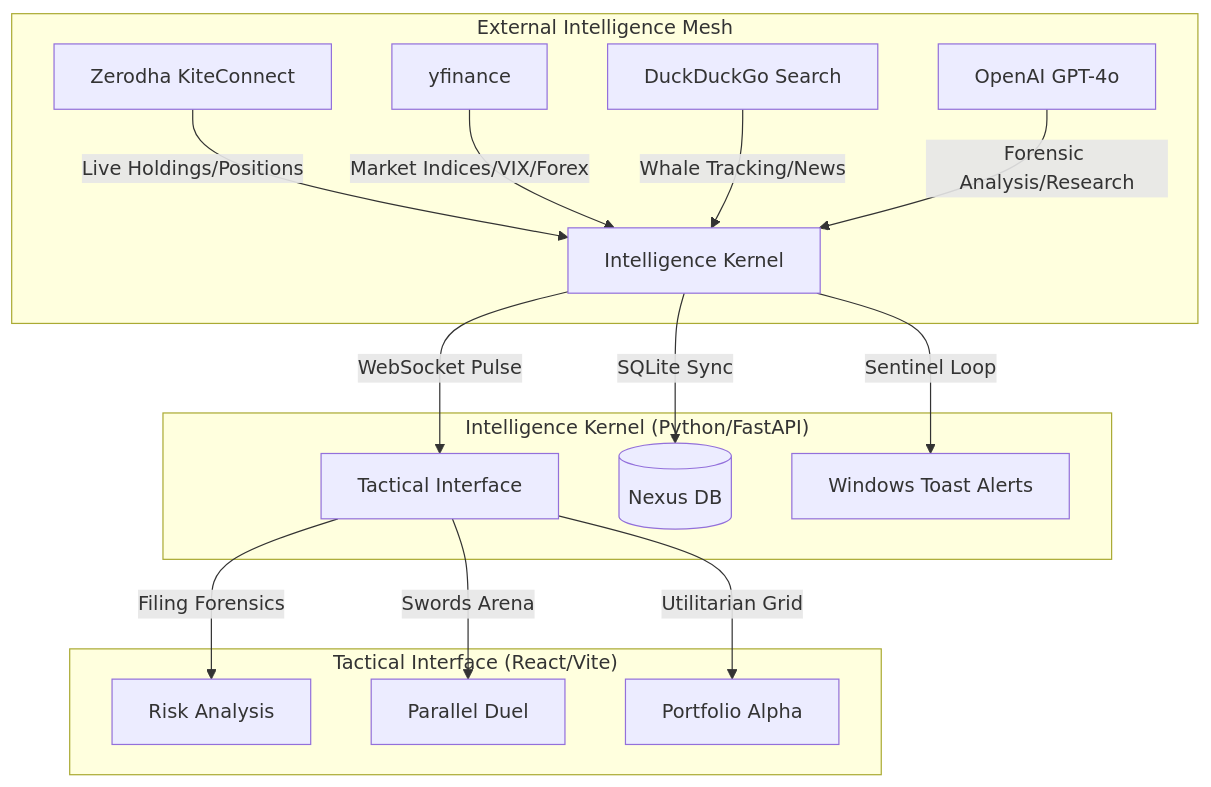
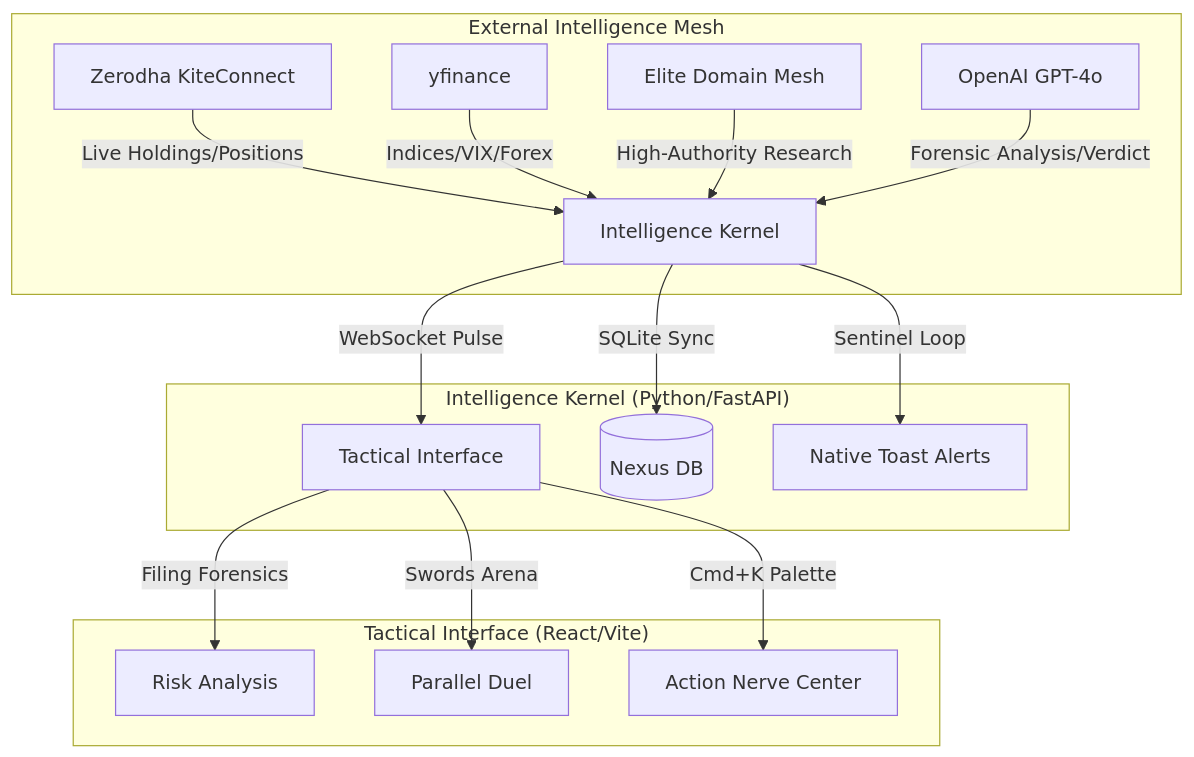
One commit to hackers-reality/FinIntel changed the diagram in README.md. Above: the diagram before and after it, drawn with Mermaid. The commit also changed other lines of this file and 2 other files, not shown here.

Commit message:
docs: Sovereign Intelligence Nexus Dossier (v2.3) - Ultimate Masterpiece with Mermaid Map & Elite Mesh Guide

````diff
--- a/README.md
+++ b/README.md
@@ -12,21 +12,21 @@
 ```mermaid
 graph TD
     subgraph "External Intelligence Mesh"
         A[Zerodha KiteConnect] -->|Live Holdings/Positions| E[Intelligence Kernel]
-        B[yfinance] -->|Market Indices/VIX/Forex| E
-        C[DuckDuckGo Search] -->|Whale Tracking/News| E
-        D[OpenAI GPT-4o] -->|Forensic Analysis/Research| E
+        B[yfinance] -->|Indices/VIX/Forex| E
+        C[Elite Domain Mesh] -->|High-Authority Research| E
+        D[OpenAI GPT-4o] -->|Forensic Analysis/Verdict| E
     end
 
     subgraph "Intelligence Kernel (Python/FastAPI)"
         E -->|WebSocket Pulse| F[Tactical Interface]
         E -->|SQLite Sync| G[(Nexus DB)]
-        E -->|Sentinel Loop| H[Windows Toast Alerts]
+        E -->|Sentinel Loop| H[Native Toast Alerts]
     end
 
     subgraph "Tactical Interface (React/Vite)"
         F -->|Filing Forensics| I[Risk Analysis]
         F -->|Swords Arena| J[Parallel Duel]
-        F -->|Utilitarian Grid| K[Portfolio Alpha]
+        F -->|Cmd+K Palette| K[Action Nerve Center]
     end
 ```
````
